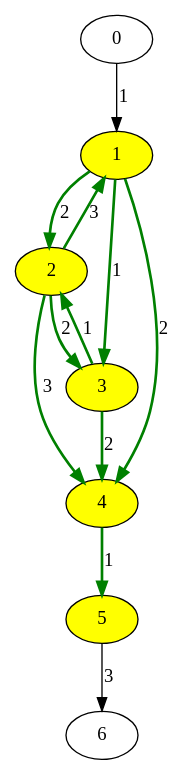
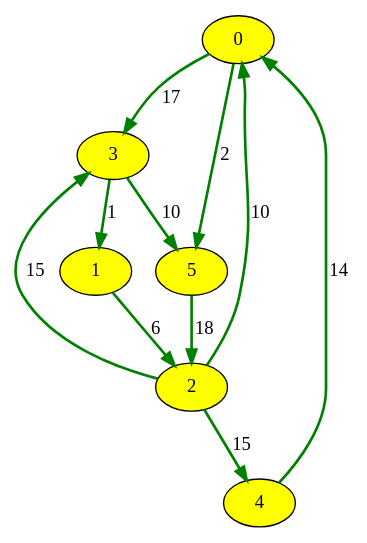
Before and after one commit to quanganhquanganh/Discrete-Maths-Graph-Library: the diagram in files/bfs.dot, drawn with Graphviz. The commit also changed 23 other files, not shown here.

```diff
--- a/files/bfs.dot
+++ b/files/bfs.dot
@@ -1,20 +1,18 @@
 digraph {
-	0 [xlabel = ""];
+	0 [fillcolor = yellow, style=filled];
 	1 [fillcolor = yellow, style=filled];
 	2 [fillcolor = yellow, style=filled];
 	3 [fillcolor = yellow, style=filled];
 	4 [fillcolor = yellow, style=filled];
 	5 [fillcolor = yellow, style=filled];
-	6 [xlabel = ""];
-	0 -> 1[label=1];
-	1 -> 2[label=2, color=green, penwidth=2.0];
-	1 -> 3[label=1, color=green, penwidth=2.0];
-	1 -> 4[label=2, color=green, penwidth=2.0];
-	2 -> 1[label=3, color=green, penwidth=2.0];
-	2 -> 3[label=2, color=green, penwidth=2.0];
-	2 -> 4[label=3, color=green, penwidth=2.0];
-	3 -> 2[label=1, color=green, penwidth=2.0];
-	3 -> 4[label=2, color=green, penwidth=2.0];
-	4 -> 5[label=1, color=green, penwidth=2.0];
-	5 -> 6[label=3];
+	0 -> 3[label=17, color=green, penwidth=2.0];
+	0 -> 5[label=2, color=green, penwidth=2.0];
+	1 -> 2[label=6, color=green, penwidth=2.0];
+	2 -> 0[label=10, color=green, penwidth=2.0];
+	2 -> 3[label=15, color=green, penwidth=2.0];
+	2 -> 4[label=15, color=green, penwidth=2.0];
+	3 -> 1[label=1, color=green, penwidth=2.0];
+	3 -> 5[label=10, color=green, penwidth=2.0];
+	4 -> 0[label=14, color=green, penwidth=2.0];
+	5 -> 2[label=18, color=green, penwidth=2.0];
 }
```
